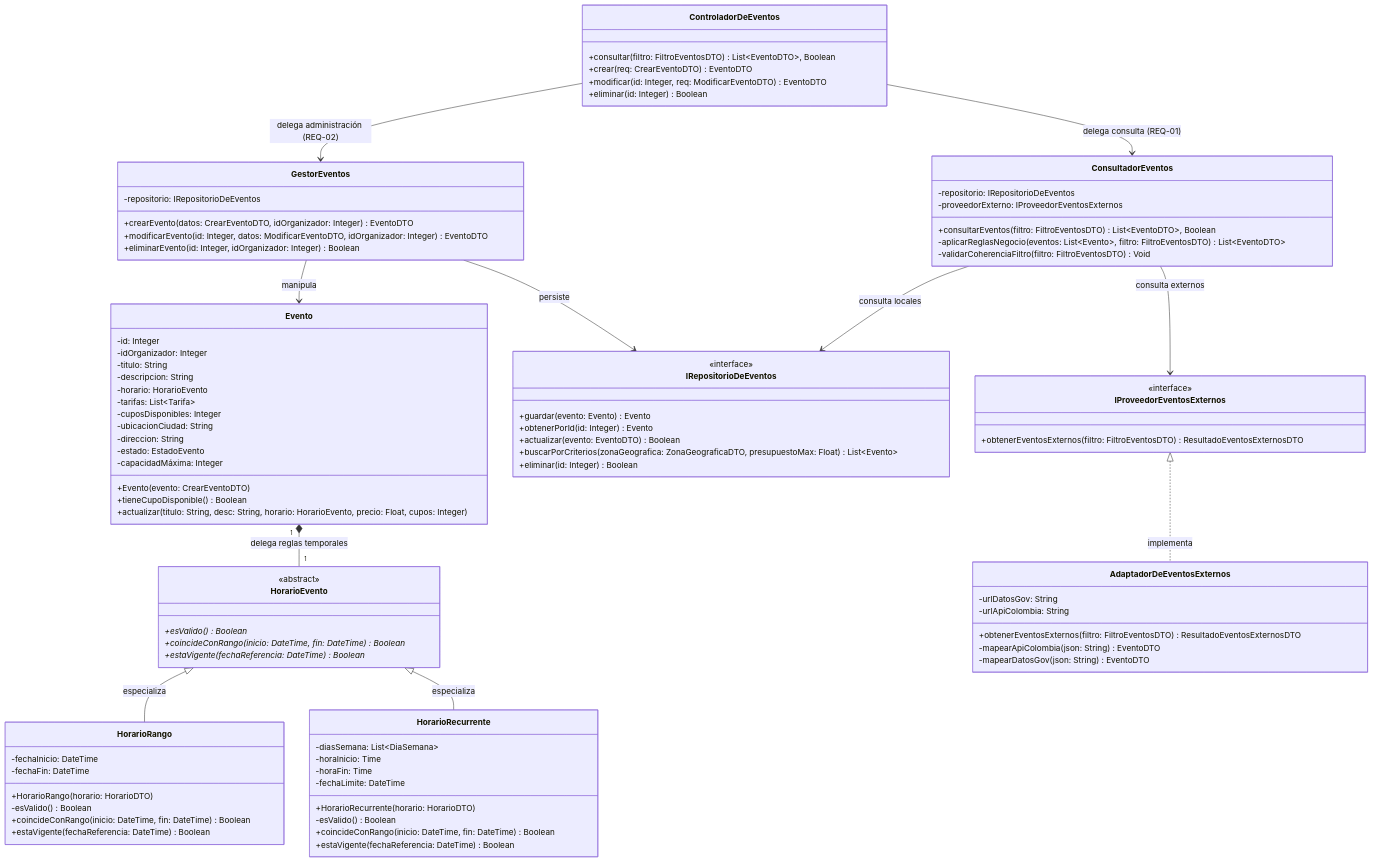
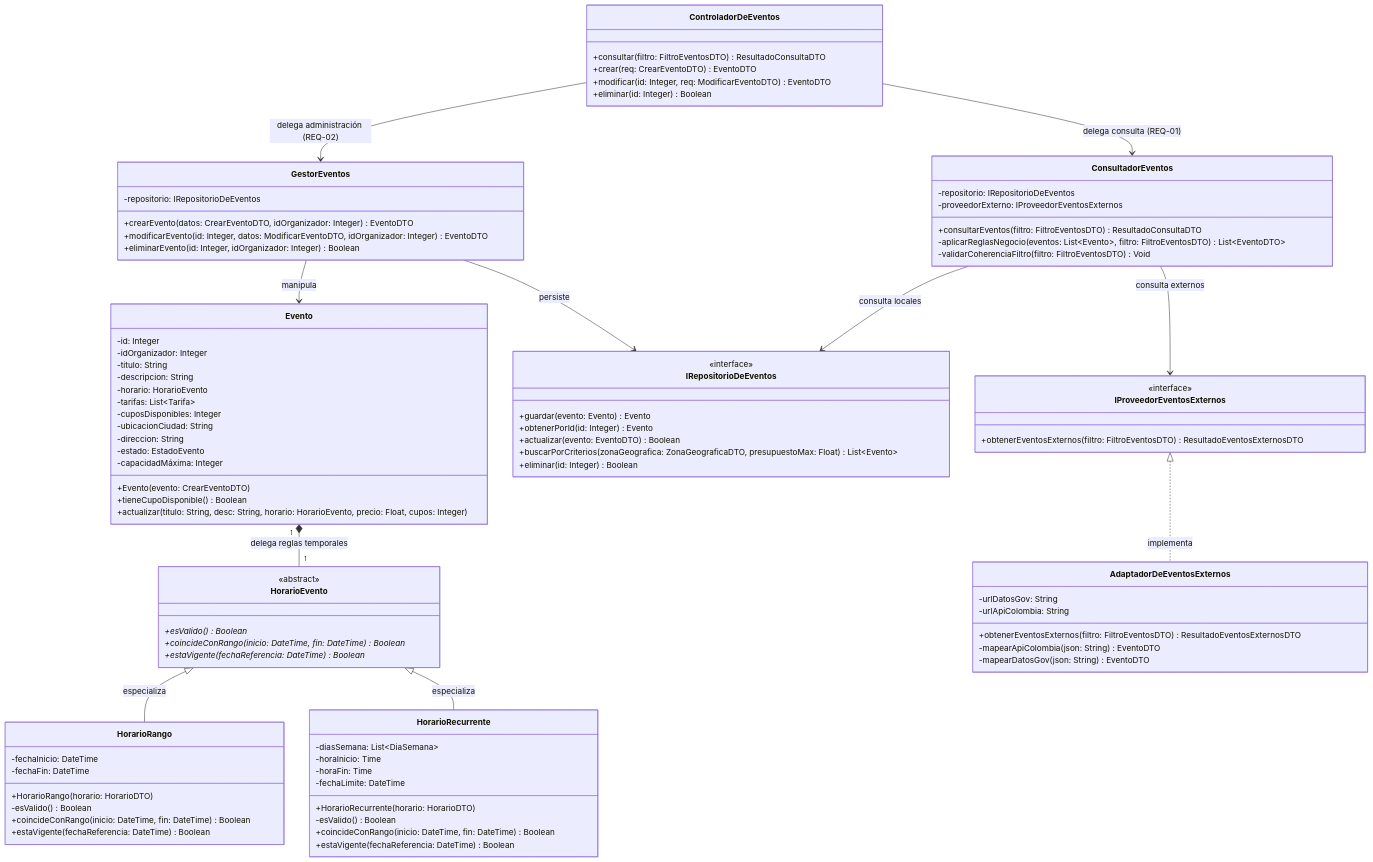
One commit to ProyectPlanning/Sistema_de_eventos changed the second of 3 diagrams in Docs/Design/Diseño Arquitectónico detallado 01.md. Above: the diagram before and after it, drawn with Mermaid.

Commit message:
corrigiendo lo que devuelve consultar y consultarEventos

```diff
--- a/Docs/Design/Diseño Arquitectónico detallado 01.md
+++ b/Docs/Design/Diseño Arquitectónico detallado 01.md
@@ -139,7 +139,7 @@
 classDiagram
     %% Capa de Entrada
     class ControladorDeEventos {
-        +consultar(filtro: FiltroEventosDTO) List~EventoDTO~, Boolean
+        +consultar(filtro: FiltroEventosDTO) ResultadoConsultaDTO
         +crear(req: CrearEventoDTO) EventoDTO
         +modificar(id: Integer, req: ModificarEventoDTO) EventoDTO
         +eliminar(id: Integer) Boolean
@@ -149,7 +149,7 @@
     class ConsultadorEventos {
         -repositorio: IRepositorioDeEventos
         -proveedorExterno: IProveedorEventosExternos
-        +consultarEventos(filtro: FiltroEventosDTO) List~EventoDTO~, Boolean
+        +consultarEventos(filtro: FiltroEventosDTO) ResultadoConsultaDTO
         -aplicarReglasNegocio(eventos: List~Evento~, filtro: FiltroEventosDTO) List~EventoDTO~
         -validarCoherenciaFiltro(filtro: FiltroEventosDTO) Void
     }
```
